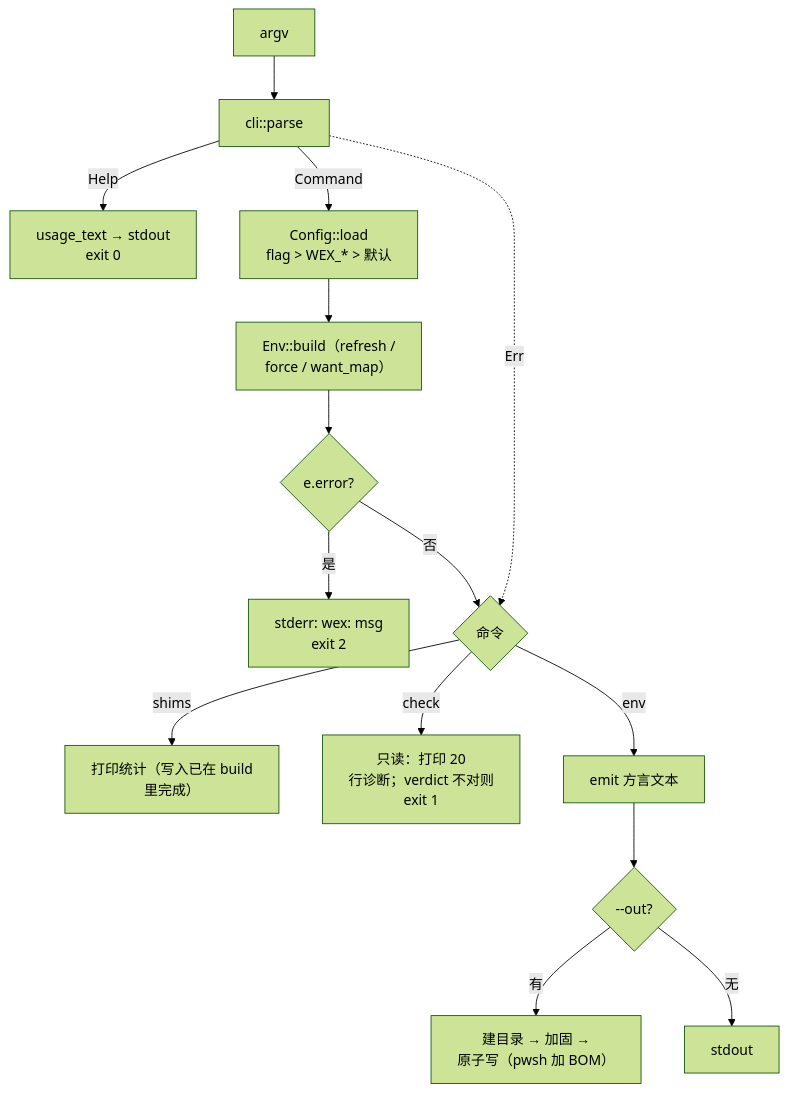
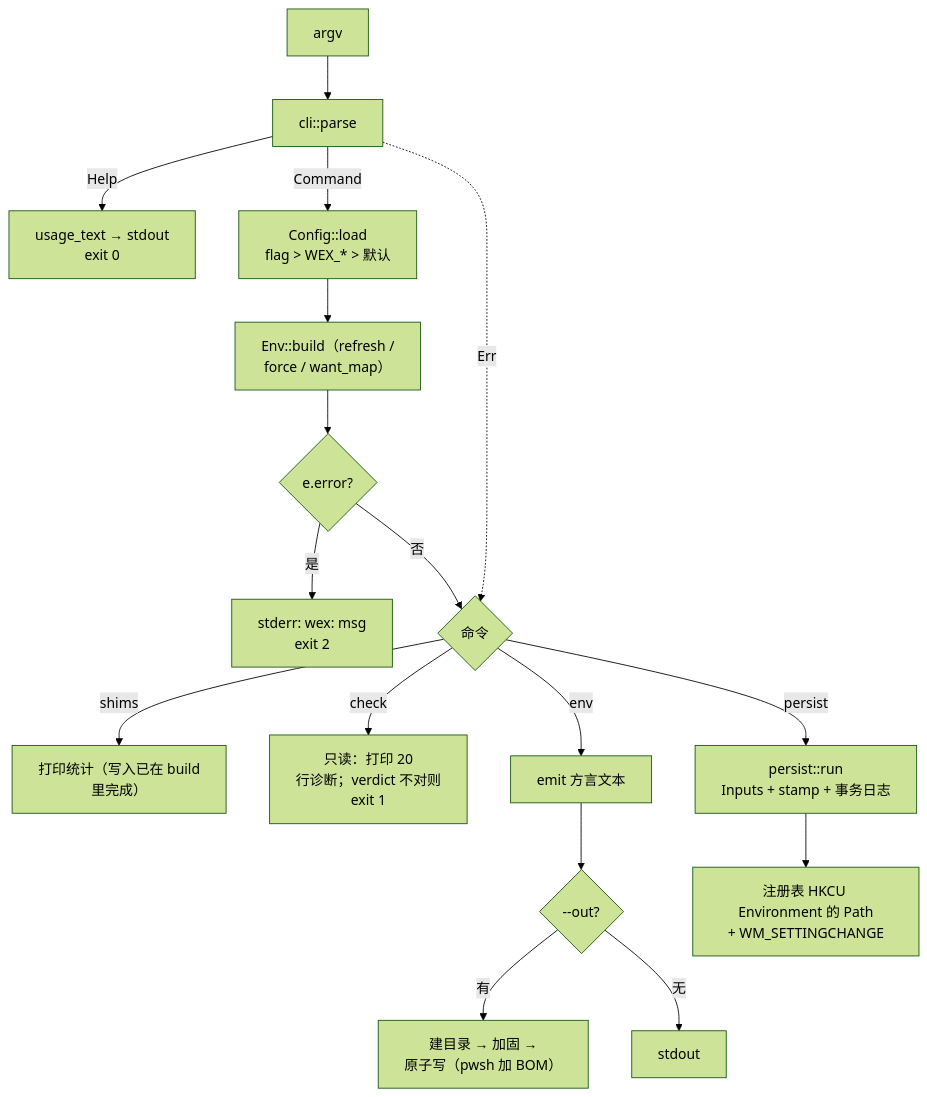
Before and after one commit to freezed-corpse-143/freezed-corpse-143.github.io: the second of 2 diagrams in content/github项目/WinEnvInject.md, drawn with Mermaid (forest theme). The commit also changed other lines of this file and 1 other file, not shown here.

````diff
--- a/content/github项目/WinEnvInject.md
+++ b/content/github项目/WinEnvInject.md
@@ -719,25 +937,28 @@
 ```mermaid
 flowchart TD
     A["argv"] --> B["cli::parse"]
 
     B -->|Help| C["usage_text → stdout<br/>exit 0"]
     B -->|Command| D["Config::load<br/>flag > WEX_* > 默认"]
 
     D --> E["Env::build（refresh /<br/>force / want_map）"]
 
     E --> F{"e.error?"}
 
     F -->|是| G["stderr: wex: msg<br/>exit 2"]
     F -->|否| H{"命令"}
 
     H -->|shims| I["打印统计（写入已在 build<br/>里完成）"]
     H -->|check| J["只读：打印 20<br/>行诊断；verdict 不对则<br/>exit 1"]
     H -->|env| K["emit 方言文本"]
+    H -->|persist| P["persist::run<br/>Inputs + stamp + 事务日志"]
 
     K --> L{"--out?"}
 
     L -->|有| M["建目录 → 加固 →<br/>原子写（pwsh 加 BOM）"]
     L -->|无| N["stdout"]
 
+    P --> Q["注册表 HKCU Environment 的 Path<br/>+ WM_SETTINGCHANGE"]
+
     B -.->|Err| H
 ```
````
